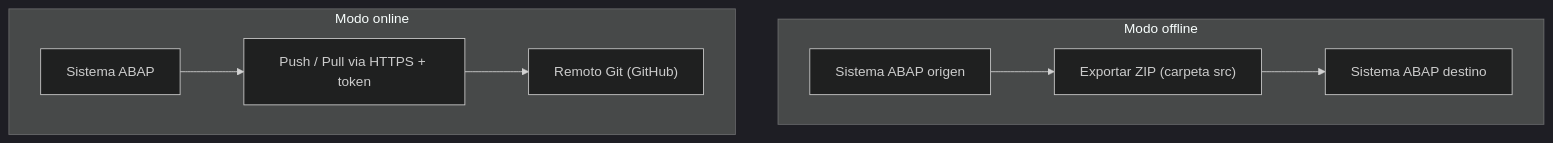
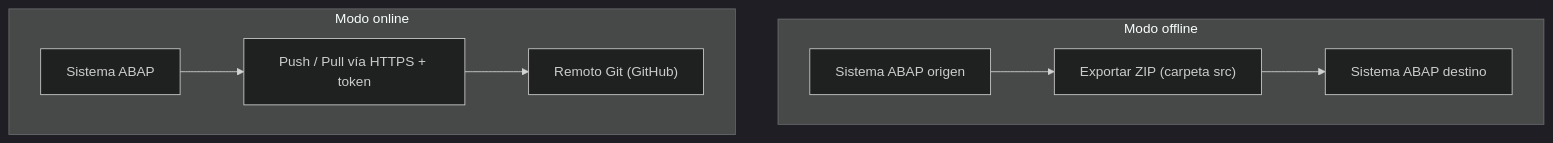
Before and after one commit to logalitech/blog-content: the diagram in es/git-online-vs-offline-repos.mdx, drawn with Mermaid (dark theme). The commit also changed other lines of this file and 49 other files, not shown here.

````diff
--- a/es/git-online-vs-offline-repos.mdx
+++ b/es/git-online-vs-offline-repos.mdx
@@ -29,11 +29,11 @@
 ```mermaid
 flowchart TD
  subgraph OFF["Modo offline"]
  A["Sistema ABAP origen"] --> Z["Exportar ZIP (carpeta src)"]
  Z --> B["Sistema ABAP destino"]
  end
  subgraph ON["Modo online"]
- C["Sistema ABAP"] --> R["Push / Pull via HTTPS + token"]
+ C["Sistema ABAP"] --> R["Push / Pull vía HTTPS + token"]
  R --> G["Remoto Git (GitHub)"]
  end
 ```
````
